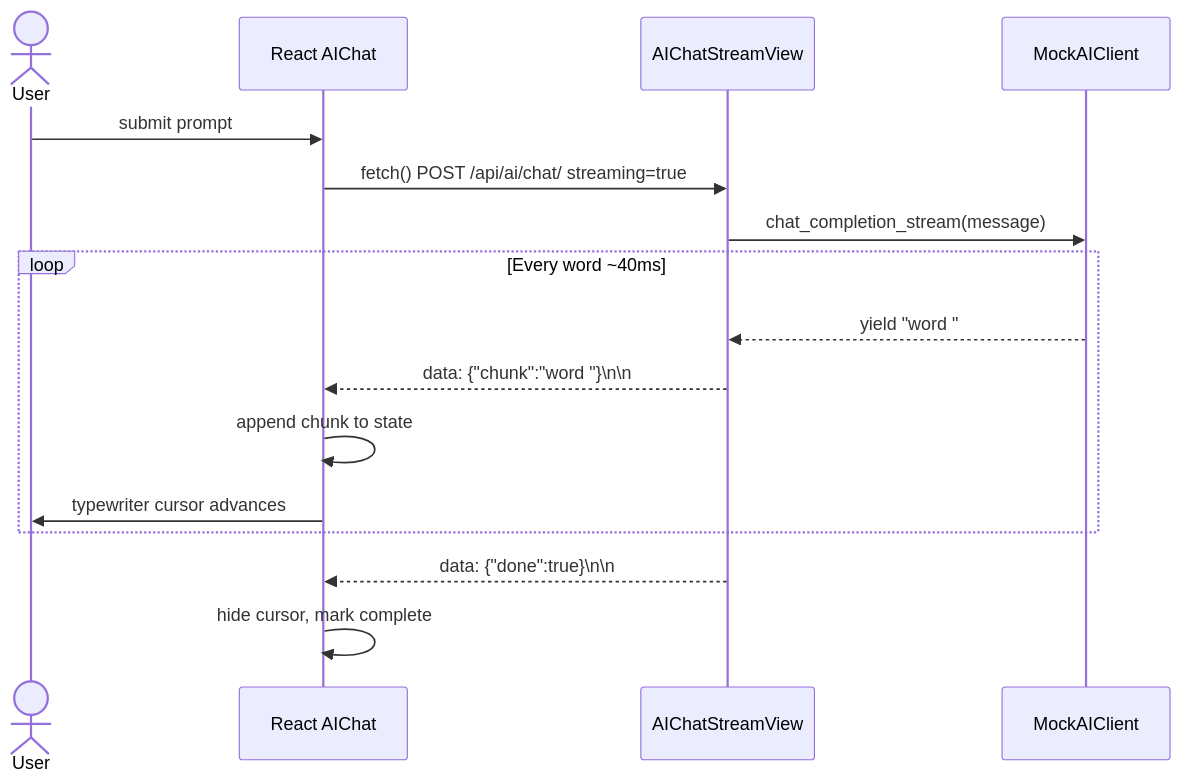
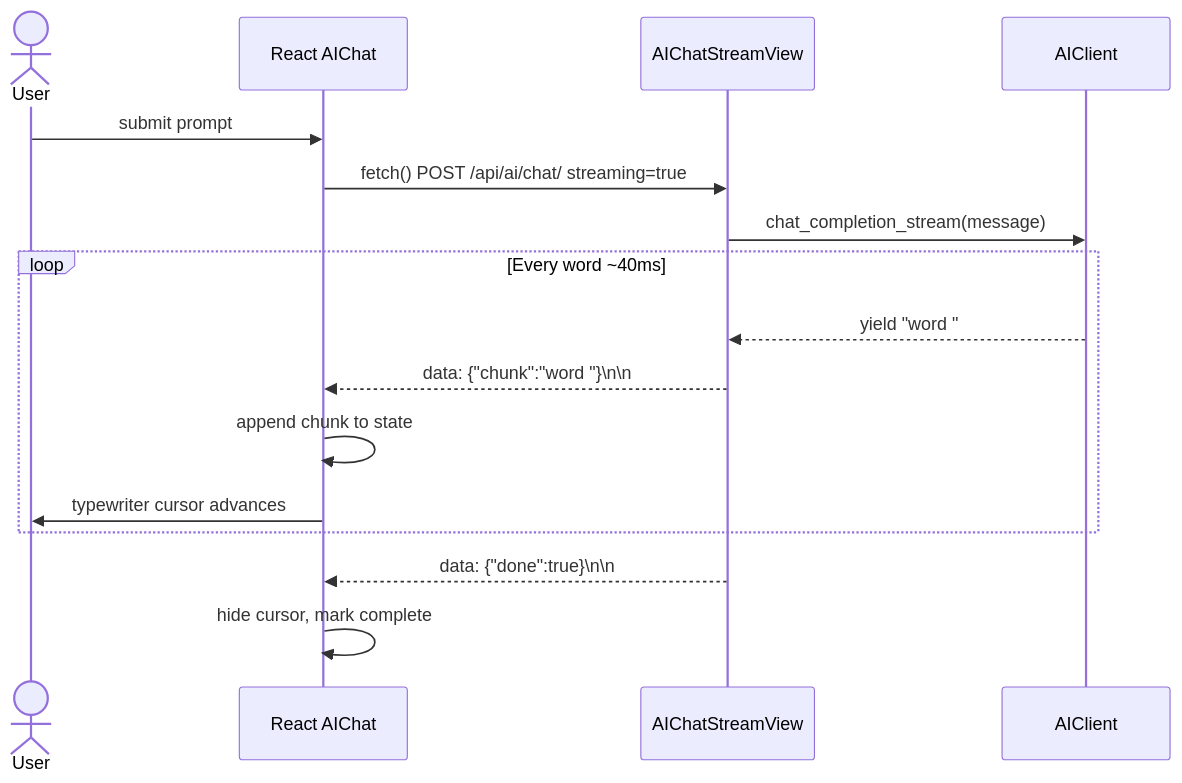
One commit to MatinMovahedi/StudySync changed the fifth of 7 diagrams in README.md. Above: the diagram before and after it, drawn with Mermaid. The commit also changed other lines of this file and 157 other files, not shown here.

````diff
--- a/README.md
+++ b/README.md
@@ -428,19 +474,19 @@
 ```mermaid
 sequenceDiagram
     actor User
     participant FE as React AIChat
     participant BE as AIChatStreamView
-    participant AI as MockAIClient
+    participant AI as AIClient
 
     User->>FE: submit prompt
     FE->>BE: fetch() POST /api/ai/chat/ streaming=true
     BE->>AI: chat_completion_stream(message)
     loop Every word ~40ms
         AI-->>BE: yield "word "
         BE-->>FE: data: {"chunk":"word "}\n\n
         FE->>FE: append chunk to state
         FE->>User: typewriter cursor advances
     end
     BE-->>FE: data: {"done":true}\n\n
     FE->>FE: hide cursor, mark complete
 ```
````
